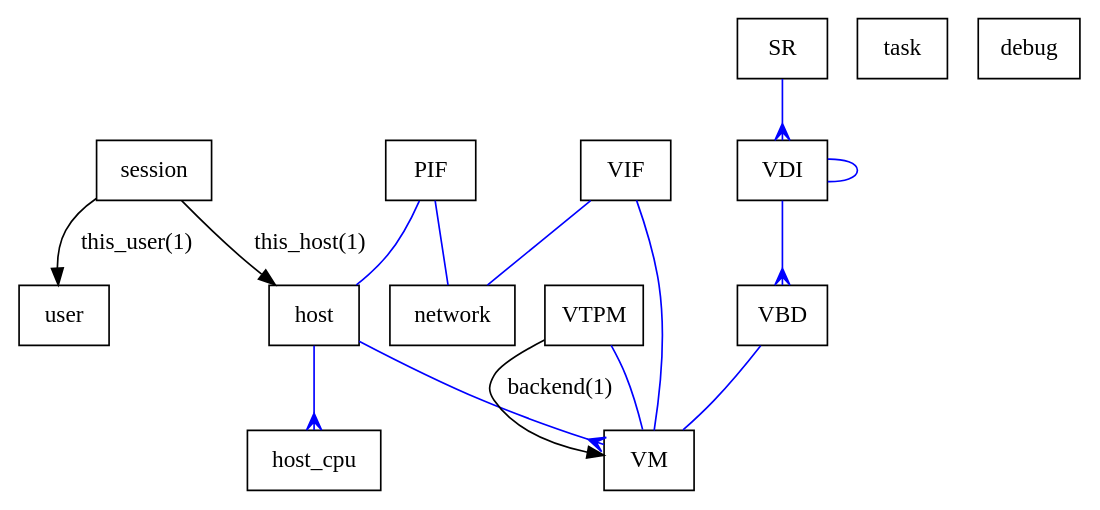
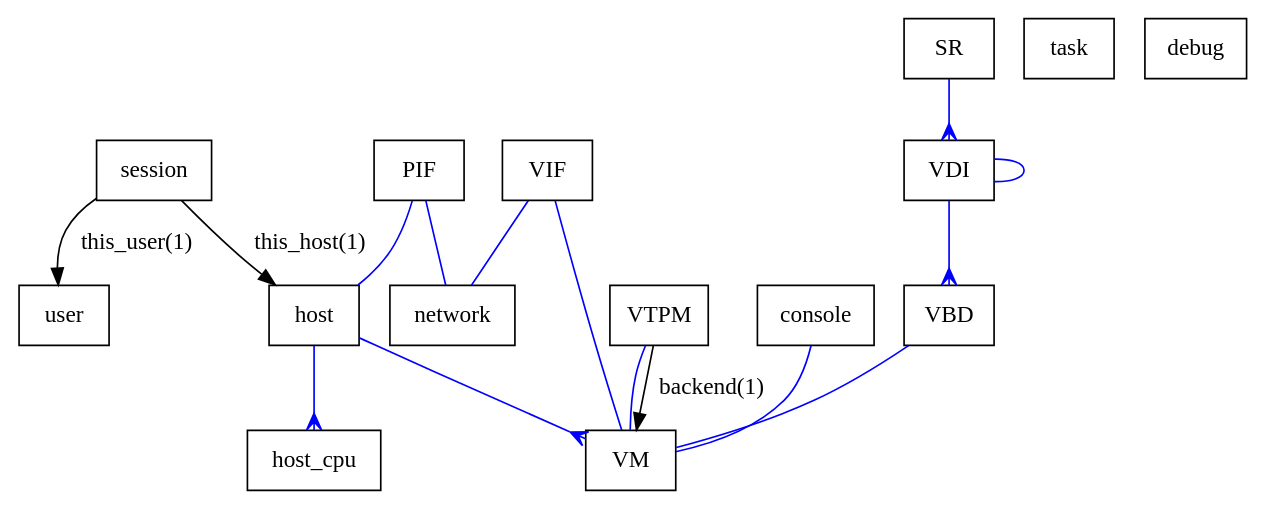
The diagram in docs/xen-api/xenapi-datamodel-graph.dot (avsm/xen-unstable), drawn with Graphviz before and after one commit.

Commit message:
Added the console class to the diagram.

```diff
--- a/docs/xen-api/xenapi-datamodel-graph.dot
+++ b/docs/xen-api/xenapi-datamodel-graph.dot
@@ -1,17 +1,18 @@
 digraph g{
-node [ shape=box ]; session [ URL="session.html" ] task [ URL="task.html" ] VM [ URL="VM.html" ] host [ URL="host.html" ] host_cpu [ URL="host_cpu.html" ] network [ URL="network.html" ] VIF [ URL="VIF.html" ] PIF [ URL="PIF.html" ] SR [ URL="SR.html" ] VDI [ URL="VDI.html" ] VBD [ URL="VBD.html" ] VTPM [ URL="VTPM.html" ] user [ URL="user.html" ] debug [ URL="debug.html" ];
+node [ shape=box ]; session [ URL="session.html" ] task [ URL="task.html" ] VM [ URL="VM.html" ] host [ URL="host.html" ] host_cpu [ URL="host_cpu.html" ] network [ URL="network.html" ] VIF [ URL="VIF.html" ] PIF [ URL="PIF.html" ] SR [ URL="SR.html" ] VDI [ URL="VDI.html" ] VBD [ URL="VBD.html" ] VTPM [ URL="VTPM.html" ] console [ URL="console.html" ] user [ URL="user.html" ] debug [ URL="debug.html" ];
 session -> host [ label="this_host(1)" ]
 session -> user [ label="this_user(1)" ]
 host -> VM [ color="blue", arrowhead="crow", arrowtail="none" ]
 host -> host_cpu [ color="blue", arrowhead="crow", arrowtail="none" ]
 VIF -> VM [ color="blue", arrowhead="none", arrowtail="crow" ]
 VIF -> network [ color="blue", arrowhead="none", arrowtail="crow" ]
 PIF -> host [ color="blue", arrowhead="none", arrowtail="crow" ]
 PIF -> network [ color="blue", arrowhead="none", arrowtail="crow" ]
 SR -> VDI [ color="blue", arrowhead="crow", arrowtail="none" ]
 VDI -> VBD [ color="blue", arrowhead="crow", arrowtail="none" ]
 VDI -> VDI [ color="blue", arrowhead="none", arrowtail="crow" ]
 VBD -> VM [ color="blue", arrowhead="none", arrowtail="crow" ]
 VTPM -> VM [ label="backend(1)" ]
 VTPM -> VM [ color="blue", arrowhead="none", arrowtail="crow" ]
+console -> VM [ color="blue", arrowhead="none", arrowtail="crow" ]
 }
```
